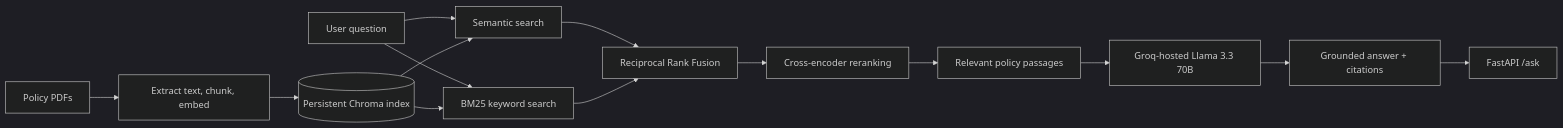
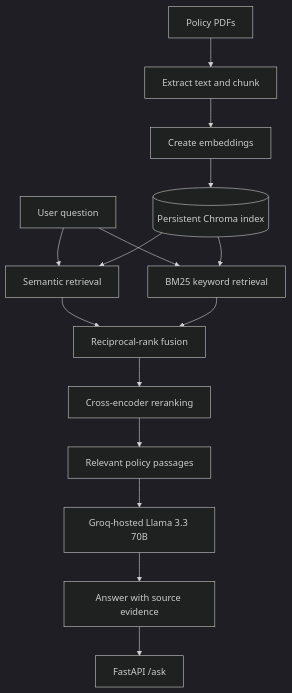
Before and after one commit to EjazBhai/Insurance-Policy-RAG-Assistant: the diagram in README.md, drawn with Mermaid (dark theme). The commit also changed other lines of this file, not shown here.

````diff
--- a/README.md
+++ b/README.md
@@ -47,16 +47,17 @@
 ```mermaid
-flowchart LR
-    A[Policy PDFs] --> B[Extract text, chunk, embed]
-    B --> C[(Persistent Chroma index)]
-    Q[User question] --> D[Semantic search]
-    Q --> E[BM25 keyword search]
-    C --> D
-    C --> E
-    D --> F[Reciprocal Rank Fusion]
-    E --> F
-    F --> G[Cross-encoder reranking]
-    G --> H[Relevant policy passages]
-    H --> I[Groq-hosted Llama 3.3 70B]
-    I --> J[Grounded answer + citations]
-    J --> K[FastAPI /ask]
+flowchart TD
+    A["Policy PDFs"] --> B["Extract text and chunk"]
+    B --> C["Create embeddings"]
+    C --> D[("Persistent Chroma index")]
+    Q["User question"] --> E["Semantic retrieval"]
+    Q --> F["BM25 keyword retrieval"]
+    D --> E
+    D --> F
+    E --> G["Reciprocal-rank fusion"]
+    F --> G
+    G --> H["Cross-encoder reranking"]
+    H --> I["Relevant policy passages"]
+    I --> J["Groq-hosted Llama 3.3 70B"]
+    J --> K["Answer with source evidence"]
+    K --> L["FastAPI /ask"]
 ```
````
